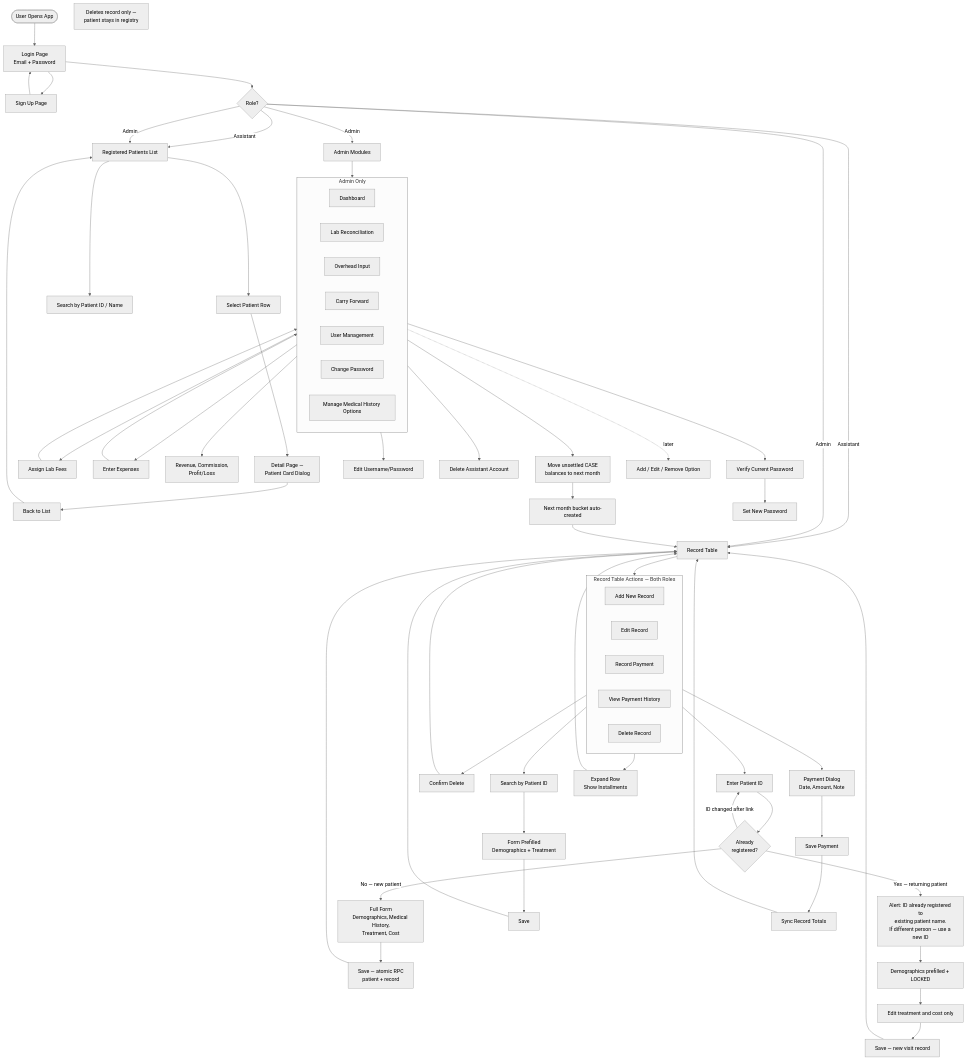
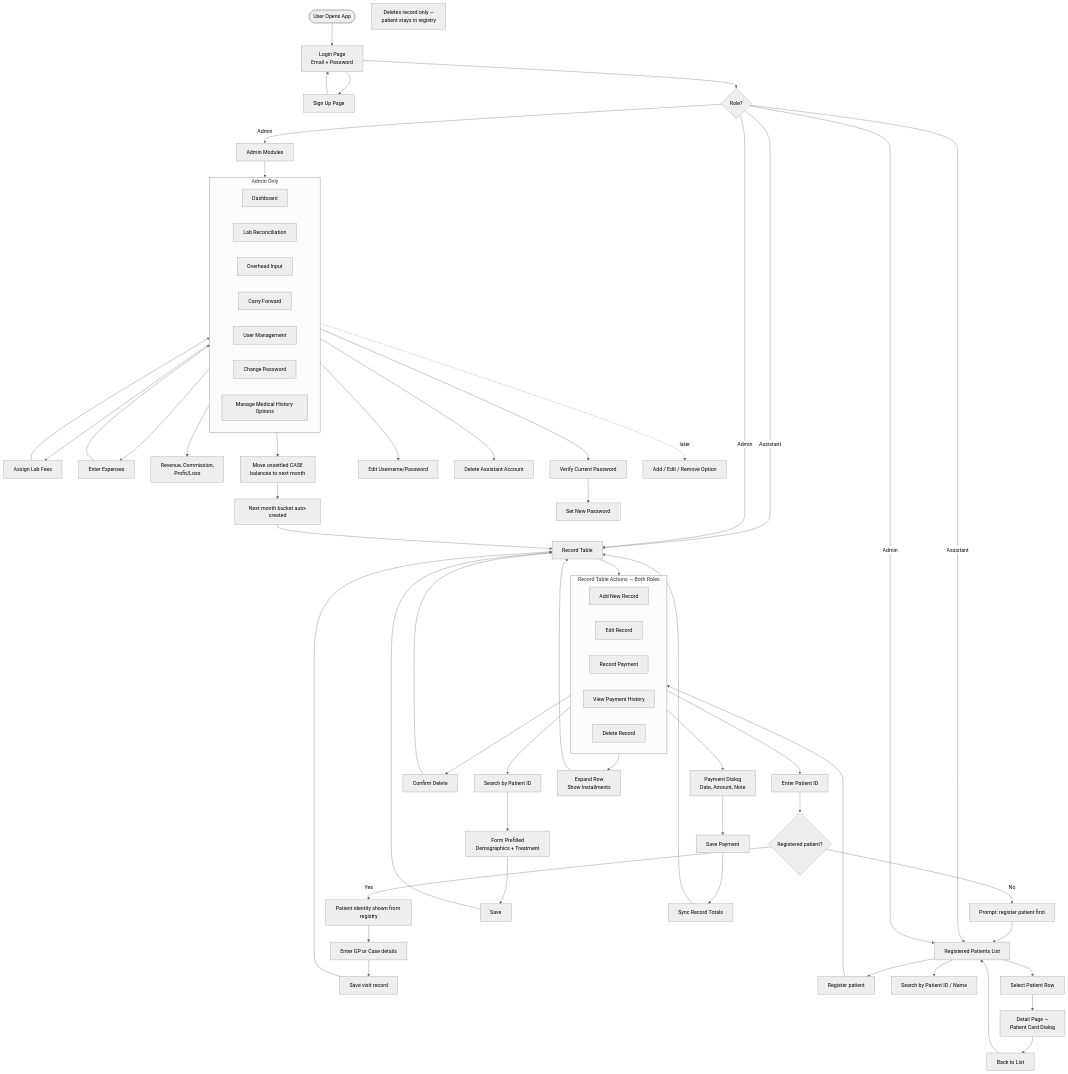
The diagram in docs/dc-fms-user-flow.mermaid (kaungmyatshwe1397/df-dashboard), drawn with Mermaid (neutral theme) before and after one commit. The commit also changed 14 other files, not shown here.

```diff
--- a/docs/dc-fms-user-flow.mermaid
+++ b/docs/dc-fms-user-flow.mermaid
@@ -1,91 +1,88 @@
 flowchart TD
     Start([User Opens App]) --> Login[Login Page\nEmail + Password]
     Login --> Signup[Sign Up Page]
     Signup --> Login
 
     Login --> Role{Role?}
 
     %% ==============================
     %% SHARED: RECORD TABLE
     %% ==============================
     Role -->|Assistant| Table[Record Table]
     Role -->|Admin| Table
 
     subgraph RecordActions [Record Table Actions — Both Roles]
         direction LR
         Add[Add New Record]
         Edit[Edit Record]
         Pay[Record Payment]
         History[View Payment History]
         DeleteRec[Delete Record]
     end
 
     Table --> RecordActions
 
     Add --> IdInput[Enter Patient ID]
-    IdInput --> IdCheck{Already\nregistered?}
-
-    IdCheck -->|No — new patient| NewForm[Full Form\nDemographics, Medical History,\nTreatment, Cost]
-    NewForm --> Save1[Save — atomic RPC\npatient + record] --> Table
-
-    IdCheck -->|Yes — returning patient| LockedAlert["Alert: ID already registered to\nexisting patient name.\nIf different person — use a new ID"]
-    LockedAlert --> Prefill[Demographics prefilled + LOCKED]
-    Prefill --> TxForm[Edit treatment and cost only]
-    TxForm --> Save2[Save — new visit record] --> Table
-
-    IdCheck -->|ID changed after link| IdInput
+    IdInput --> IdCheck{Registered patient?}
+    IdCheck -->|Yes| Prefill[Patient identity shown from registry]
+    Prefill --> TxForm[Enter GP or Case details]
+    TxForm --> Save2[Save visit record] --> Table
+    IdCheck -->|No| RegisterPrompt[Prompt: register patient first]
+    RegisterPrompt --> RegPatients
+    RegPatients --> RegisterNew[Register patient]
+    RegisterNew --> Add
 
     Edit --> Lookup[Search by Patient ID]
     Lookup --> Prefill2[Form Prefilled\nDemographics + Treatment] --> Save3[Save] --> Table
 
     DeleteRec --> Confirm[Confirm Delete] --> Table
     NoteDelete["Deletes record only —\npatient stays in registry"]
 
     Pay --> Dialog[Payment Dialog\nDate, Amount, Note]
     Dialog --> Save4[Save Payment]
     Save4 --> Sync[Sync Record Totals]
     Sync --> Table
 
     History --> Expand[Expand Row\nShow Installments] --> Table
 
     %% ==============================
     %% BOTH ROLES: REGISTERED PATIENTS
     %% ==============================
     Role -->|Assistant| RegPatients[Registered Patients List]
     Role -->|Admin| RegPatients
 
     RegPatients --> SearchPt[Search by Patient ID / Name]
     RegPatients --> PtRow[Select Patient Row]
     PtRow --> PtDetail[Detail Page —\nPatient Card Dialog]
     PtDetail --> PtBack[Back to List] --> RegPatients
 
     %% ==============================
     %% ADMIN ONLY: EXTRA MODULES
     %% ==============================
     Role -->|Admin| AdminModules[Admin Modules]
 
     subgraph AdminOnly [Admin Only]
         direction LR
         Dashboard[Dashboard]
         LabRecon[Lab Reconciliation]
         Overhead[Overhead Input]
         CarryFwd[Carry Forward]
         UserMgmt[User Management]
         ChangePw[Change Password]
         MedHistOpts[Manage Medical History Options]
     end
 
     AdminModules --> AdminOnly
 
     LabRecon --> Fees[Assign Lab Fees] --> Dashboard
     Overhead --> Expenses[Enter Expenses] --> Dashboard
     Dashboard --> KPIs[Revenue, Commission,\nProfit/Loss]
 
     CarryFwd --> CF[Move unsettled CASE\nbalances to next month]
     CF --> NewBucket[Next month bucket auto-created]
     NewBucket --> Table
 
     UserMgmt --> EditUser[Edit Username/Password]
     UserMgmt --> DeleteAssistant[Delete Assistant Account]
     ChangePw --> VerifyCurrent[Verify Current Password] --> SetNew[Set New Password]
     MedHistOpts -.->|later| AddOpt[Add / Edit / Remove Option]
```
